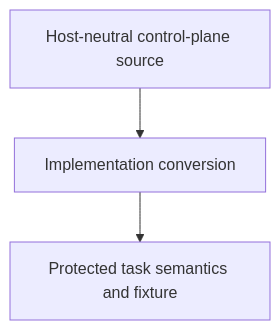
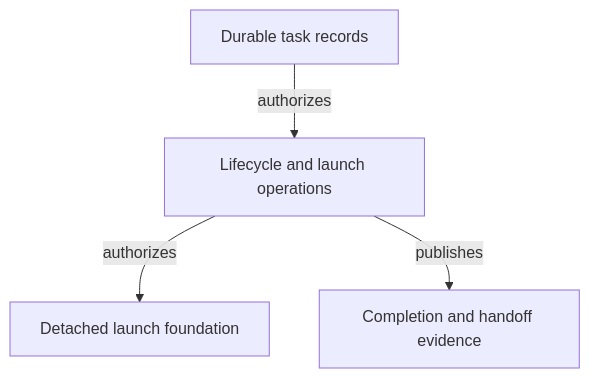
One commit to abstract-business-systems/as-is changed the diagram in components/control-plane/as-is.md. Above: the diagram before and after it, drawn with Mermaid. The commit also changed other lines of this file and 50 other files, not shown here.

````diff
--- a/components/control-plane/as-is.md
+++ b/components/control-plane/as-is.md
@@ -18,5 +25,6 @@
 ```mermaid
 flowchart TD
-    A["Host-neutral control-plane source"] --> B["Implementation conversion"]
-    B --> C["Protected task semantics and fixture"]
+    A["Durable task records"] -->|authorizes| B["Lifecycle and launch operations"]
+    B -->|authorizes| C["Detached launch foundation"]
+    B -->|publishes| D["Completion and handoff evidence"]
 ```
````
